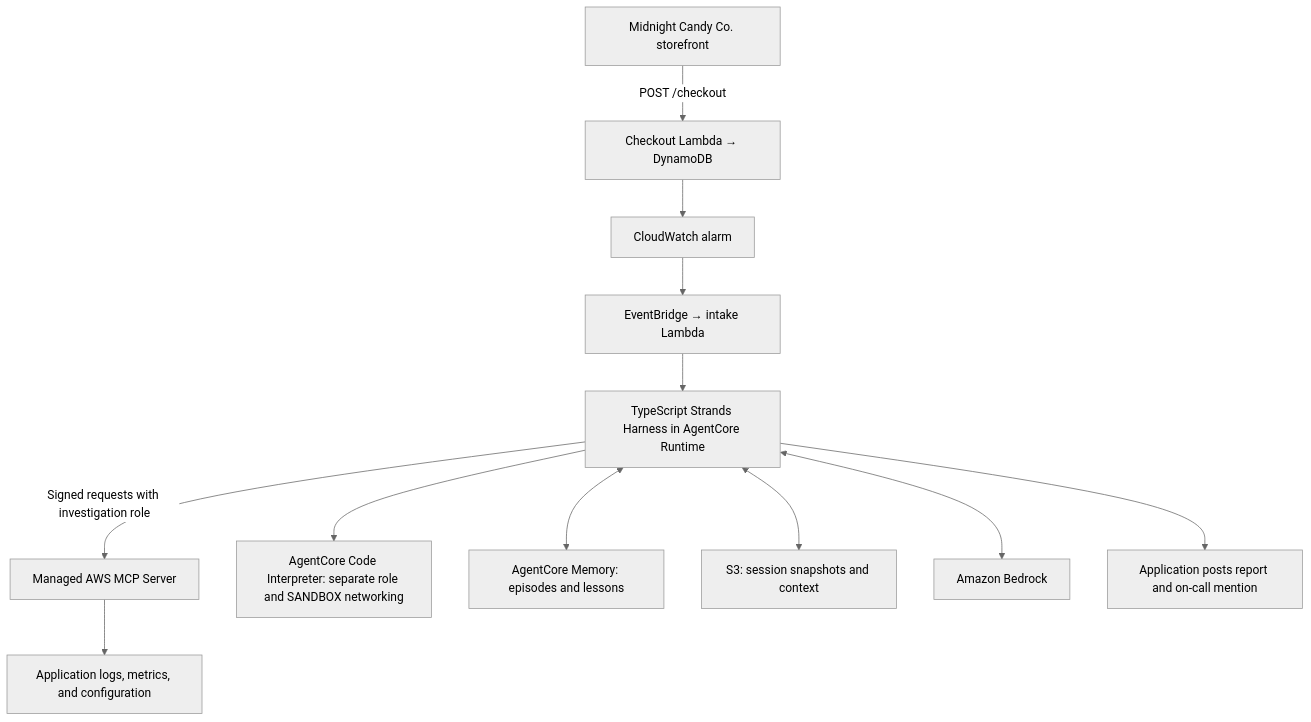
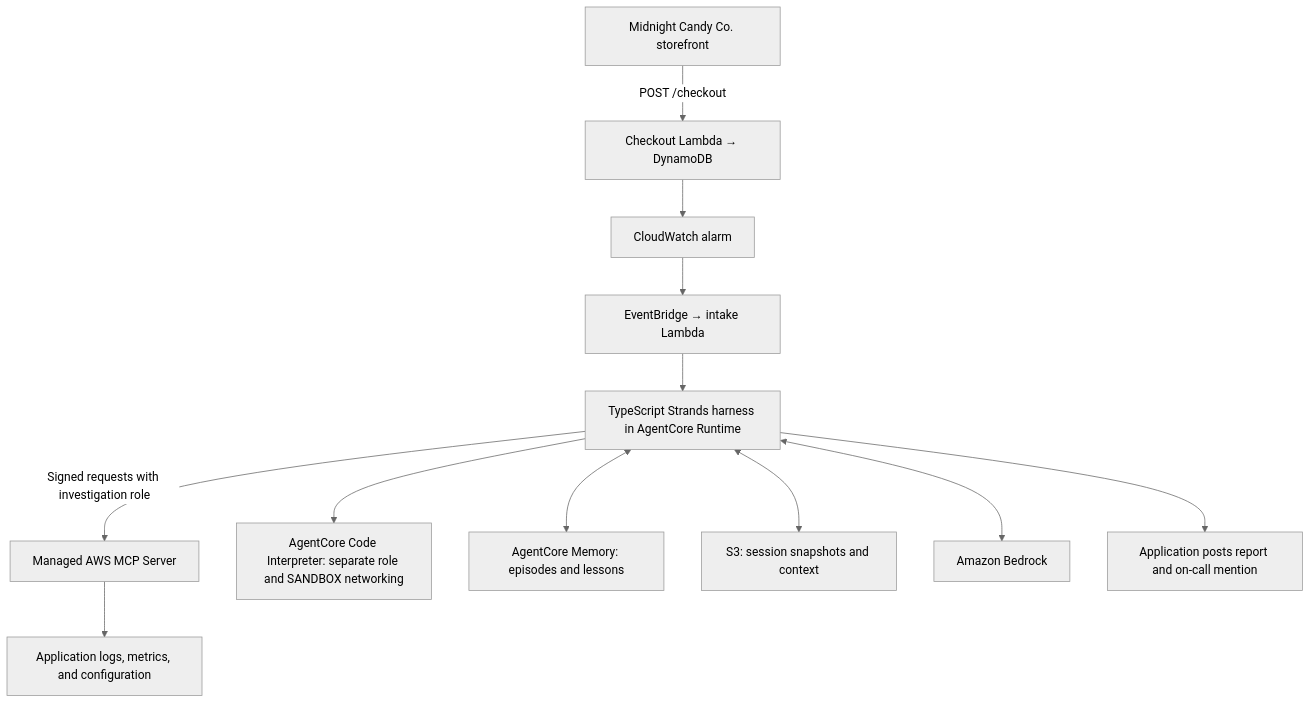
The diagram in README.md (morganwilliscloud/strands-harness-incident-triage), drawn with Mermaid (neutral theme) before and after one commit. The commit also changed other lines of this file and 26 other files, not shown here.

````diff
--- a/README.md
+++ b/README.md
@@ -11,14 +11,14 @@
 ```mermaid
 flowchart TD
     Browser[Midnight Candy Co. storefront] -->|POST /checkout| App[Checkout Lambda → DynamoDB]
     App --> Alarm[CloudWatch alarm]
     Alarm --> Intake[EventBridge → intake Lambda]
-    Intake --> Agent[TypeScript Strands Harness in AgentCore Runtime]
+    Intake --> Agent[TypeScript Strands harness in AgentCore Runtime]
     Agent -->|Signed requests with investigation role| Toolkit[Managed AWS MCP Server]
     Toolkit --> AWS[Application logs, metrics, and configuration]
     Agent --> Interpreter[AgentCore Code Interpreter: separate role and SANDBOX networking]
     Agent <--> Memory[AgentCore Memory: episodes and lessons]
     Agent <--> Sessions[S3: session snapshots and context]
     Agent <--> Model[Amazon Bedrock]
     Agent --> Slack[Application posts report and on-call mention]
 ```
````
